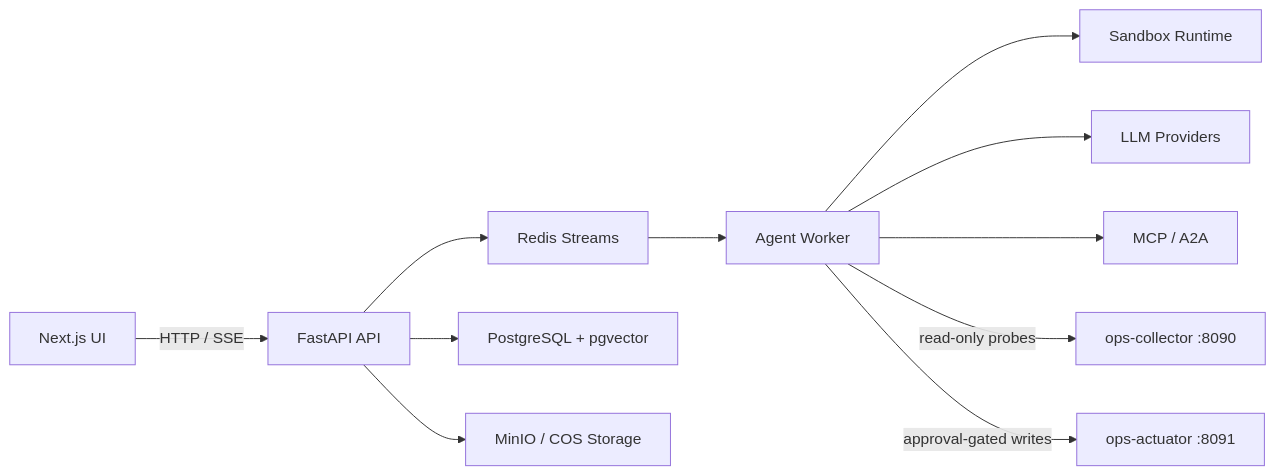
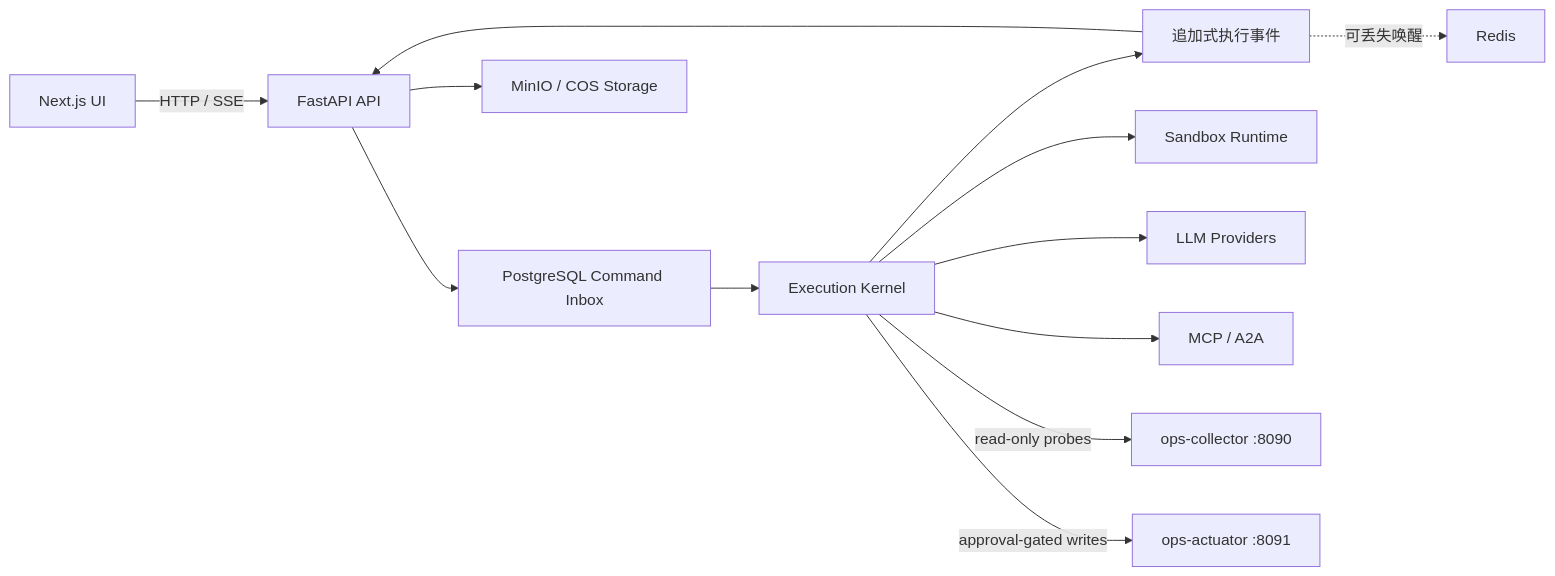
Before and after one commit to OceaLong/opencitadel: the diagram in README.zh-CN.md, drawn with Mermaid. The commit also changed other lines of this file and 1646 other files, not shown here.

First line of the commit message:
feat(database): initialize database schema and refactor environment configurations

````diff
--- a/README.zh-CN.md
+++ b/README.zh-CN.md
@@ -71,13 +72,15 @@
 ```mermaid
 flowchart LR
   UI["Next.js UI"] -->|"HTTP / SSE"| API["FastAPI API"]
-  API --> Redis["Redis Streams"]
-  API --> PG["PostgreSQL + pgvector"]
+  API --> Inbox["PostgreSQL Command Inbox"]
+  Inbox --> Kernel["Execution Kernel"]
+  Kernel --> Events["追加式执行事件"]
+  Events --> API
+  Events -.->|"可丢失唤醒"| Redis["Redis"]
   API --> Storage["MinIO / COS Storage"]
-  Redis --> Worker["Agent Worker"]
-  Worker --> Sandbox["Sandbox Runtime"]
-  Worker --> LLM["LLM Providers"]
-  Worker --> MCP["MCP / A2A"]
-  Worker -->|"read-only probes"| Collector["ops-collector :8090"]
-  Worker -->|"approval-gated writes"| Actuator["ops-actuator :8091"]
+  Kernel --> Sandbox["Sandbox Runtime"]
+  Kernel --> LLM["LLM Providers"]
+  Kernel --> MCP["MCP / A2A"]
+  Kernel -->|"read-only probes"| Collector["ops-collector :8090"]
+  Kernel -->|"approval-gated writes"| Actuator["ops-actuator :8091"]
 ```
````
